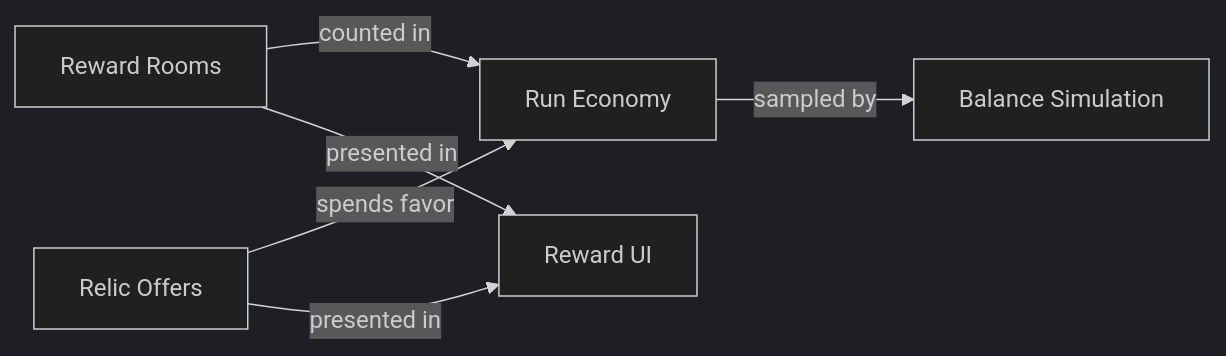
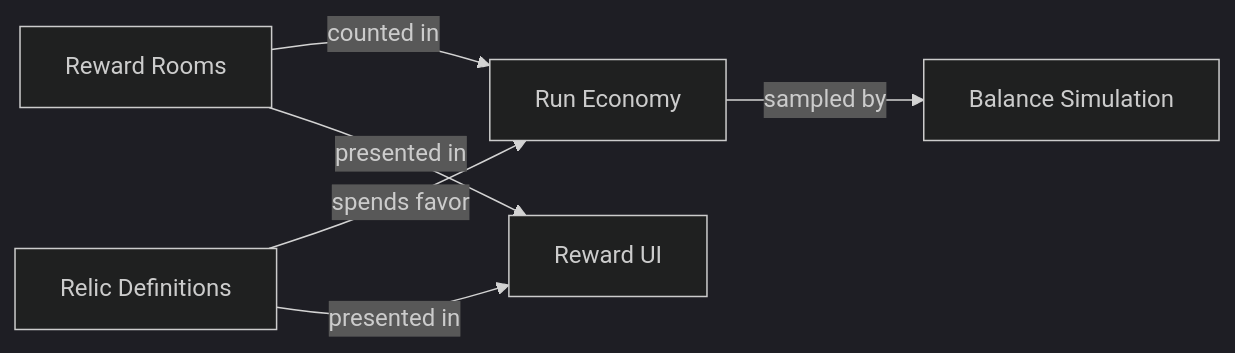
Before and after one commit to BorisThoris/memory-dungeon: the fifth of 11 diagrams in docs/system-diagrams/README.md, drawn with Mermaid (dark theme). The commit also changed other lines of this file and 83 other files, not shown here.

````diff
--- a/docs/system-diagrams/README.md
+++ b/docs/system-diagrams/README.md
@@ -202,13 +202,13 @@
 ```mermaid
 flowchart LR
     reward_rooms["Reward Rooms"]
-    relic_offers["Relic Offers"]
+    relic_offers["Relic Definitions"]
     run_economy["Run Economy"]
     balance_sim["Balance Simulation"]
     reward_ui["Reward UI"]
     reward_rooms -->|"counted in"| run_economy
     relic_offers -->|"spends favor"| run_economy
     run_economy -->|"sampled by"| balance_sim
     relic_offers -->|"presented in"| reward_ui
     reward_rooms -->|"presented in"| reward_ui
 ```
````
